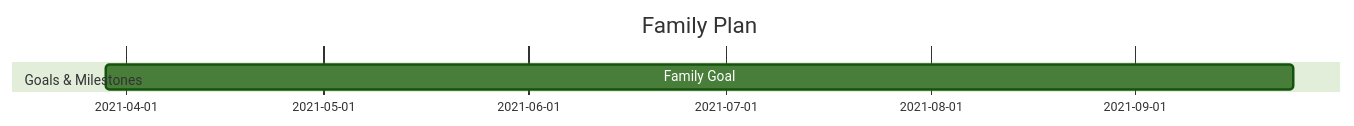
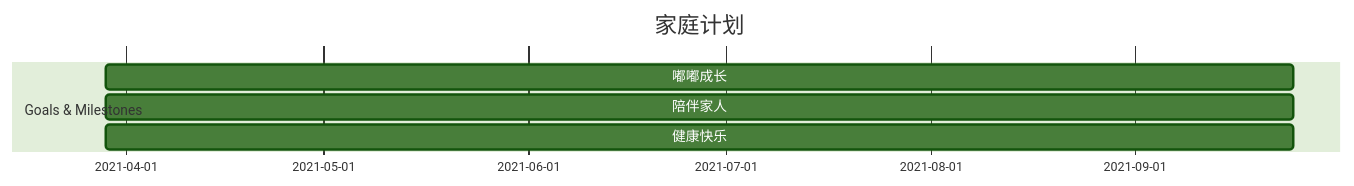
One commit to goooooouwa/writings changed the diagram in _posts/family/2021-03-29-family-plan.md. Above: the diagram before and after it, drawn with Mermaid (forest theme). The commit also changed other lines of this file, not shown here.

```diff
--- a/_posts/family/2021-03-29-family-plan.md
+++ b/_posts/family/2021-03-29-family-plan.md
@@ -13,8 +14,10 @@
 <div class="mermaid">
     gantt
-    title Family Plan
+    title 家庭计划
     dateFormat  YYYY-MM-DD
 
     section Goals & Milestones
-    Family Goal :2021-03-29, 180d
+    嘟嘟成长 :2021-03-29, 180d
+    陪伴家人 :2021-03-29, 180d
+    健康快乐 :2021-03-29, 180d
 </div>
```
